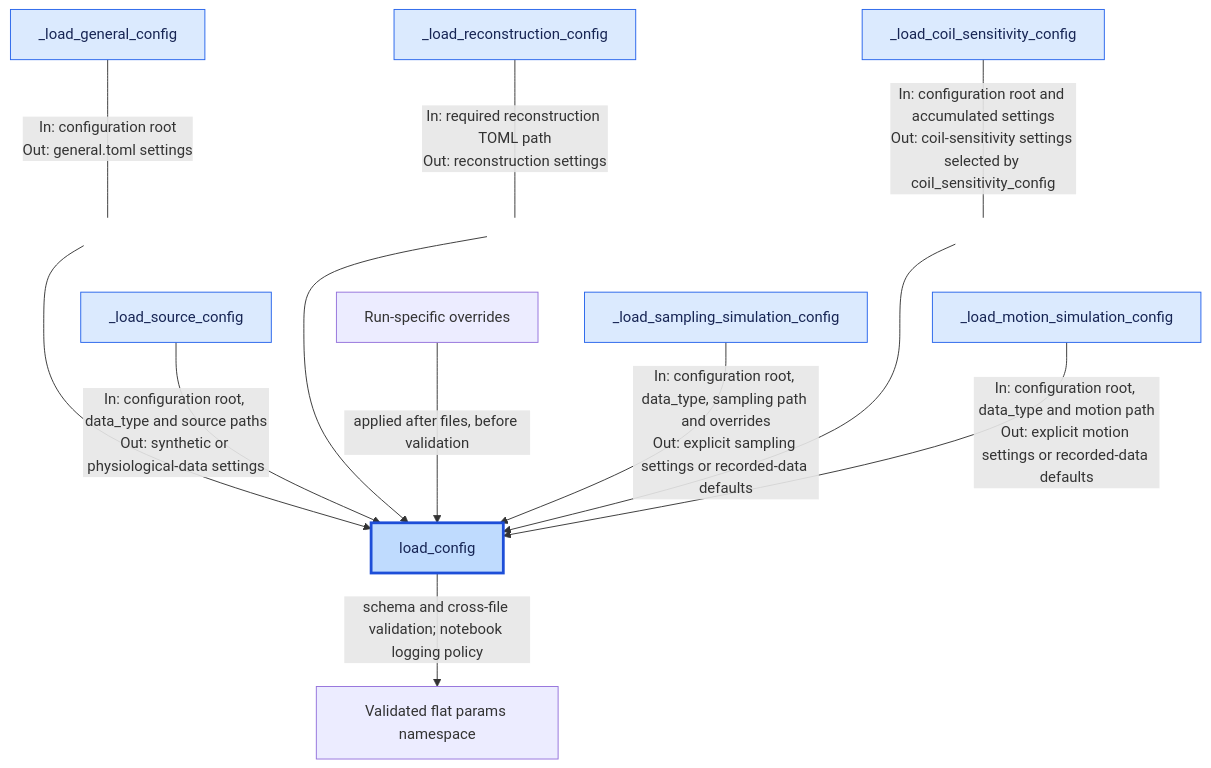
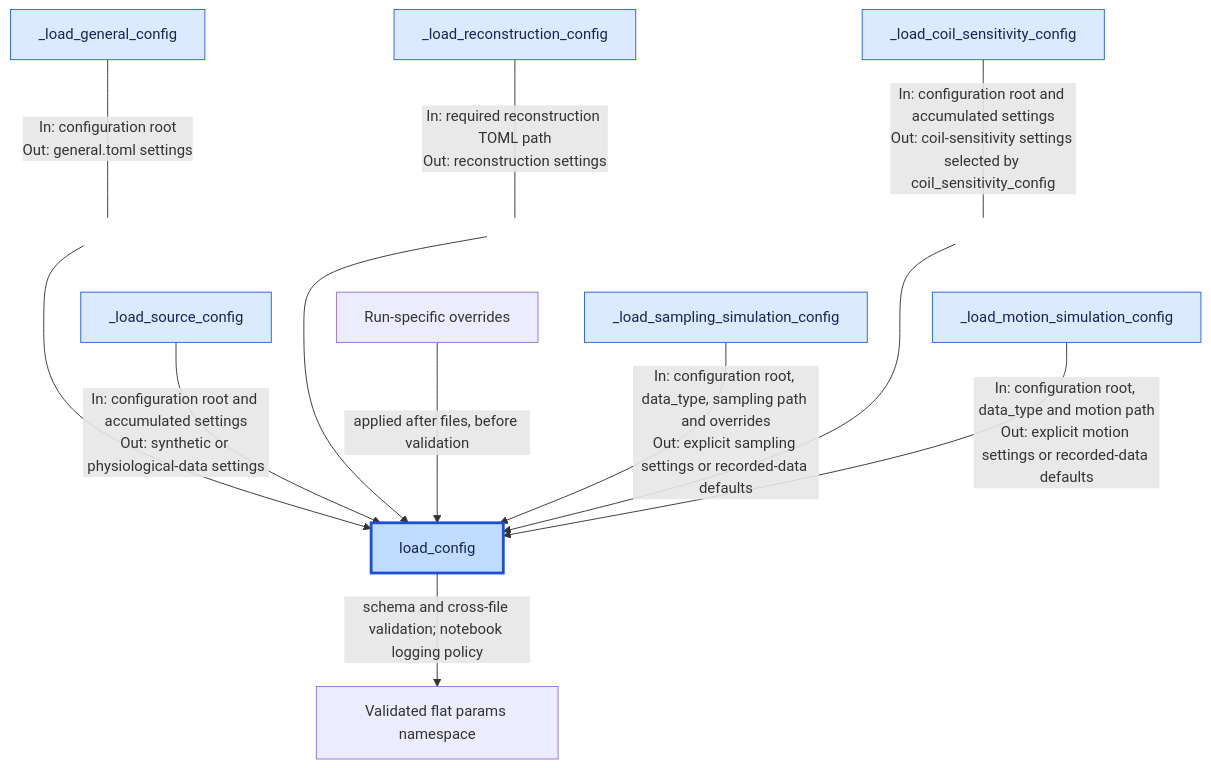
The diagram in docs/architecture/configuration.md (IADI-Nancy/GRICS-torch), drawn with Mermaid before and after one commit. The commit also changed 20 other files, not shown here.

Commit message:
Cleaned up the config load and corresponding docs

````diff
--- a/docs/architecture/configuration.md
+++ b/docs/architecture/configuration.md
@@ -8,26 +8,26 @@
 ```mermaid
 flowchart TD
     General[_load_general_config] ---|"In: configuration root<br/>Out: general.toml settings"| GeneralGap[" "]
     GeneralGap --> Load[load_config]
     Reconstruction[_load_reconstruction_config] ---|"In: required reconstruction TOML path<br/>Out: reconstruction settings"| ReconstructionGap[" "]
     ReconstructionGap --> Load
     Coil[_load_coil_sensitivity_config] ---|"In: configuration root and accumulated settings<br/>Out: coil-sensitivity settings selected by coil_sensitivity_config"| CoilGap[" "]
     CoilGap --> Load
-    Source[_load_source_config] -->|"In: configuration root, data_type and source paths<br/>Out: synthetic or physiological-data settings"| Load
+    Source[_load_source_config] -->|"In: configuration root and accumulated settings<br/>Out: synthetic or physiological-data settings"| Load
     Sampling[_load_sampling_simulation_config] -->|"In: configuration root, data_type, sampling path and overrides<br/>Out: explicit sampling settings or recorded-data defaults"| Load
     Motion[_load_motion_simulation_config] -->|"In: configuration root, data_type and motion path<br/>Out: explicit motion settings or recorded-data defaults"| Load
     Overrides[Run-specific overrides] -->|applied after files, before validation| Load
     Load -->|schema and cross-file validation; notebook logging policy| Params[Validated flat params namespace]
 
     %% Hidden route nodes keep selected labels on the upper edge segments.
     GeneralGap ~~~ Source
     ReconstructionGap ~~~ Sampling
     CoilGap ~~~ Motion
 
     classDef pythonClass fill:#dbeafe,stroke:#2563eb,color:#172554
     classDef coordinator fill:#bfdbfe,stroke:#1d4ed8,stroke-width:3px,color:#172554
     classDef layoutNode fill:transparent,stroke:transparent,color:transparent
     class General,Reconstruction,Coil,Source,Sampling,Motion pythonClass
     class Load coordinator
     class GeneralGap,ReconstructionGap,CoilGap layoutNode
 ```
````
